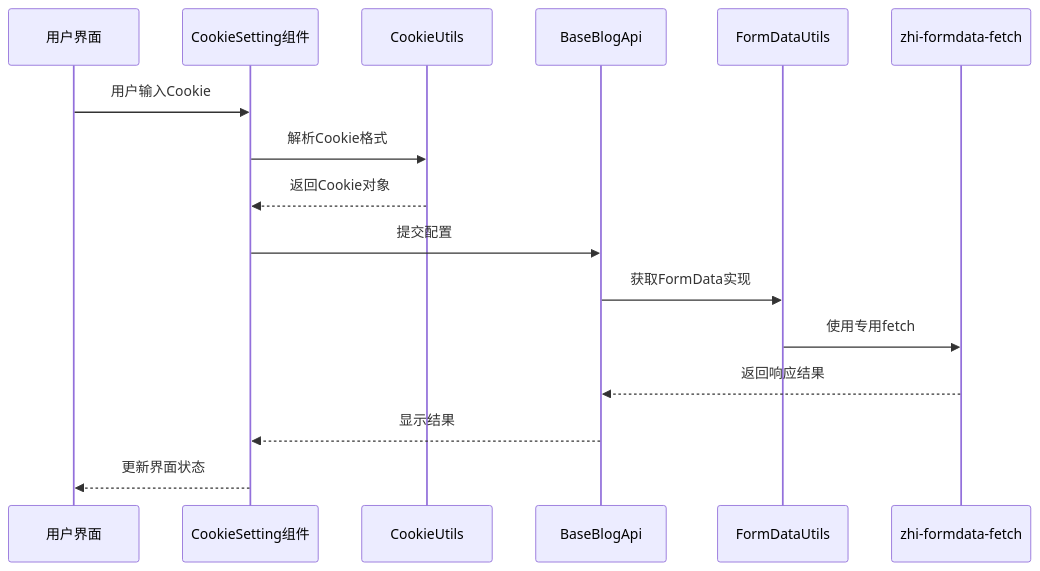
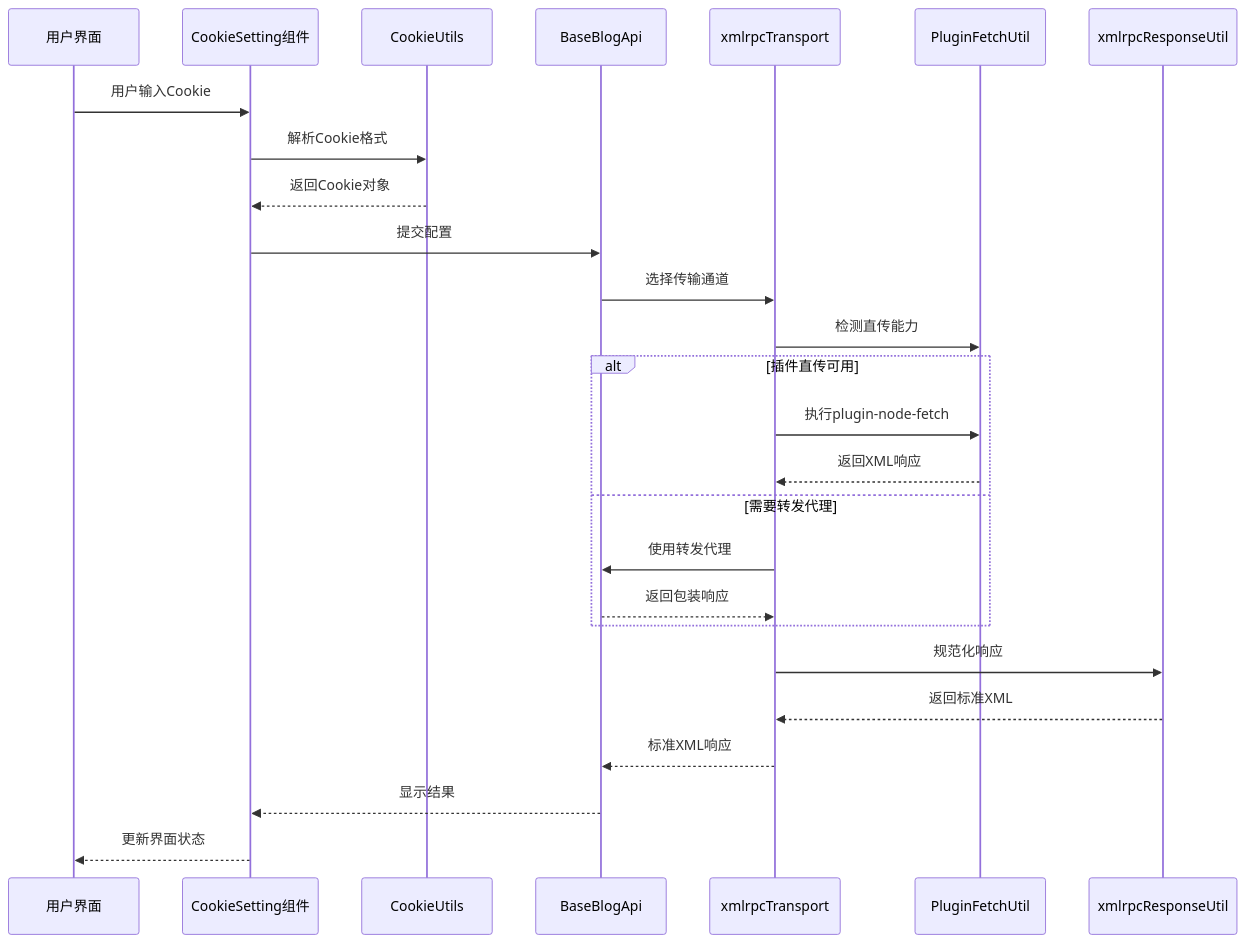
Before and after one commit to terwer/siyuan-plugin-publisher: the second of 10 diagrams in .qoder/repowiki/zh/content/API参考文档/工具函数API/网络和Cookie工具.md, drawn with Mermaid. The commit also changed other lines of this file and 15 other files, not shown here.

First line of the commit message:
refactor(proxy): redesign form upload transport to unified top-level architecture

````diff
--- a/.qoder/repowiki/zh/content/API参考文档/工具函数API/网络和Cookie工具.md
+++ b/.qoder/repowiki/zh/content/API参考文档/工具函数API/网络和Cookie工具.md
@@ -141,18 +224,28 @@
 ```mermaid
 sequenceDiagram
 participant UI as 用户界面
 participant CS as CookieSetting组件
 participant CU as CookieUtils
 participant BA as BaseBlogApi
-participant FDU as FormDataUtils
-participant ZFD as zhi-formdata-fetch
+participant XRT as xmlrpcTransport
+participant PFT as PluginFetchUtil
+participant XRNU as xmlrpcResponseUtil
 UI->>CS : 用户输入Cookie
 CS->>CU : 解析Cookie格式
 CU-->>CS : 返回Cookie对象
 CS->>BA : 提交配置
-BA->>FDU : 获取FormData实现
-FDU->>ZFD : 使用专用fetch
-ZFD-->>BA : 返回响应结果
+BA->>XRT : 选择传输通道
+XRT->>PFT : 检测直传能力
+alt 插件直传可用
+XRT->>PFT : 执行plugin-node-fetch
+PFT-->>XRT : 返回XML响应
+else 需要转发代理
+XRT->>BA : 使用转发代理
+BA-->>XRT : 返回包装响应
+end
+XRT->>XRNU : 规范化响应
+XRNU-->>XRT : 返回标准XML
+XRT-->>BA : 标准XML响应
 BA-->>CS : 显示结果
 CS-->>UI : 更新界面状态
 ```
````
